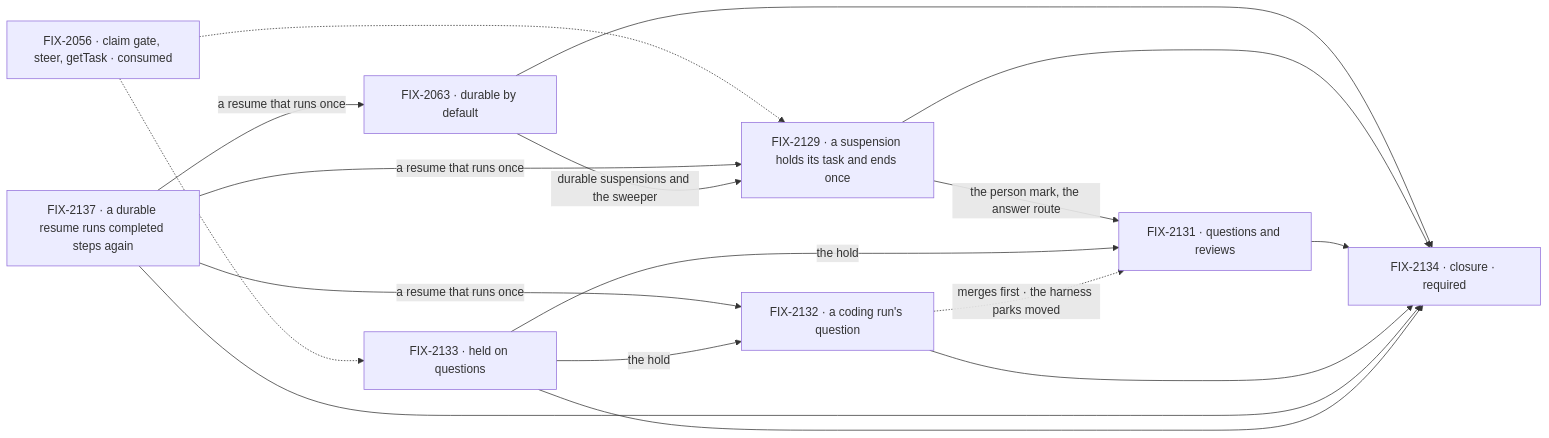
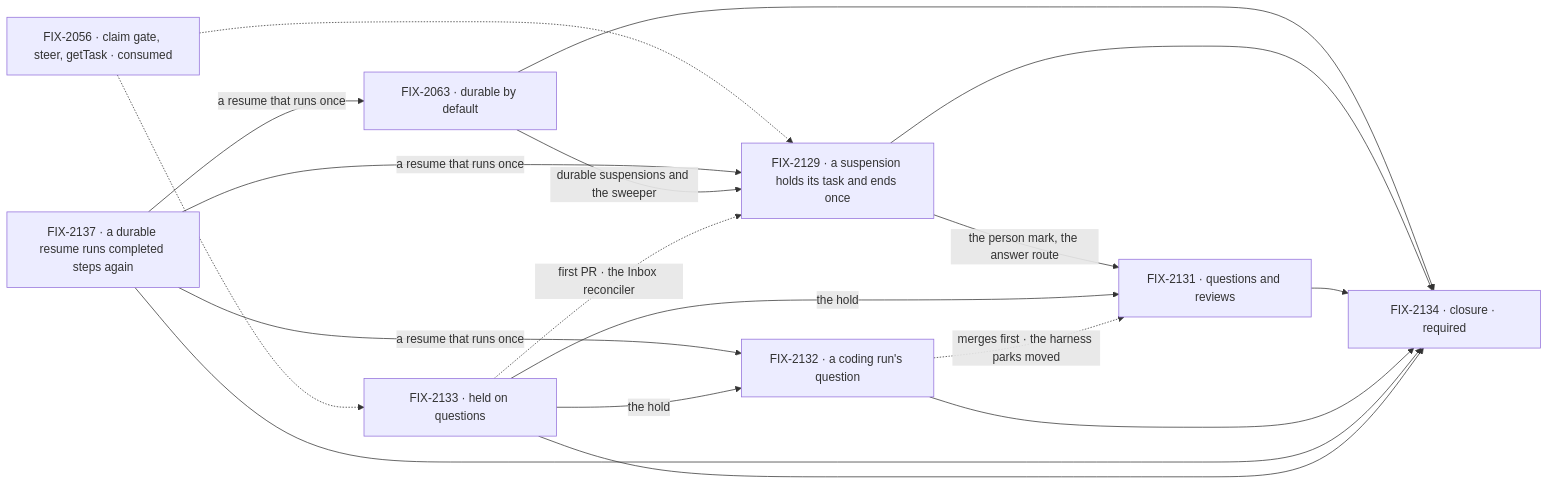
Before and after one commit to fixpoint-labs/flow-state-dev: the second of 2 diagrams in specs/epics/FIX-2058/SPEC.md, drawn with Mermaid. The commit also changed other lines of this file and 21 other files, not shown here.

````diff
--- a/specs/epics/FIX-2058/SPEC.md
+++ b/specs/epics/FIX-2058/SPEC.md
@@ -108,19 +108,20 @@
 ```mermaid
 flowchart LR
   I["FIX-2056 · claim gate, steer, getTask · consumed"] -.-> B
   K["FIX-2137 · a durable resume runs completed steps again"] -->|"a resume that runs once"| A
   K -->|"a resume that runs once"| B
   K -->|"a resume that runs once"| E
   A["FIX-2063 · durable by default"] -->|"durable suspensions and the sweeper"| B["FIX-2129 · a suspension holds its task and ends once"]
   B -->|"the person mark, the answer route"| D["FIX-2131 · questions and reviews"]
   I -.-> G["FIX-2133 · held on questions"]
   G -->|"the hold"| D
   G -->|"the hold"| E["FIX-2132 · a coding run's question"]
   E -.->|"merges first · the harness parks moved"| D
+  G -.->|"first PR · the Inbox reconciler"| B
   A --> P["FIX-2134 · closure · required"]
   B --> P
   D --> P
   E --> P
   K --> P
   G --> P
 ```
````
